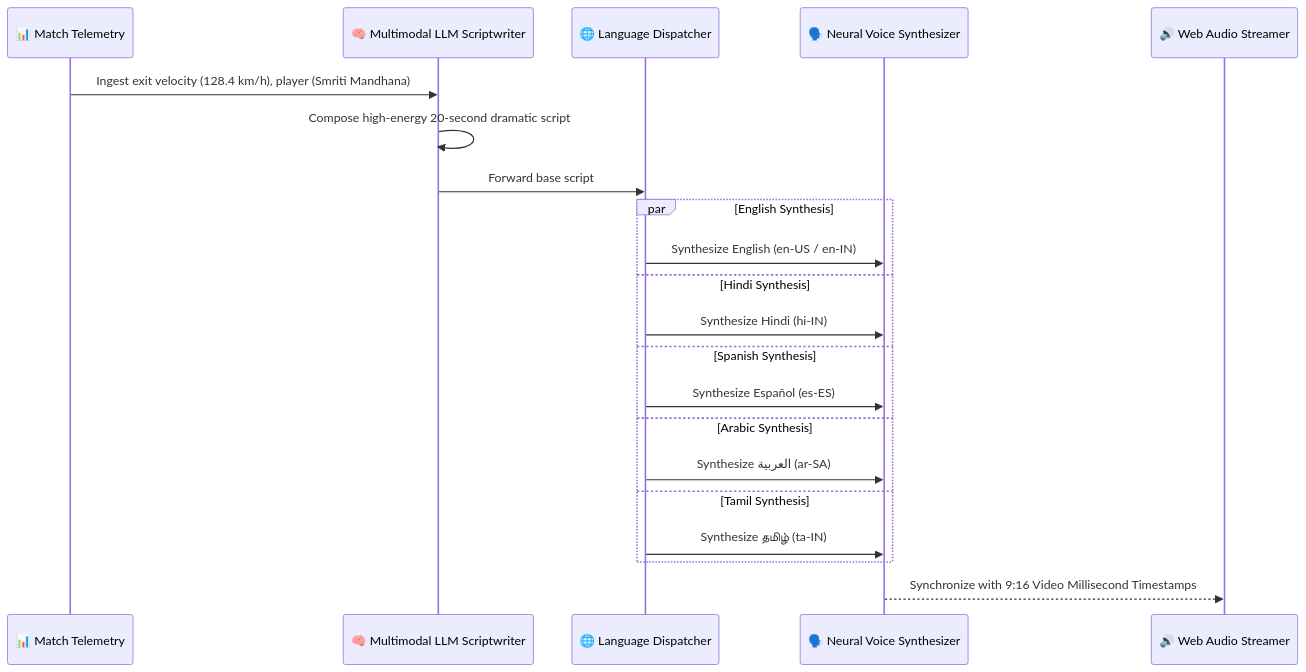
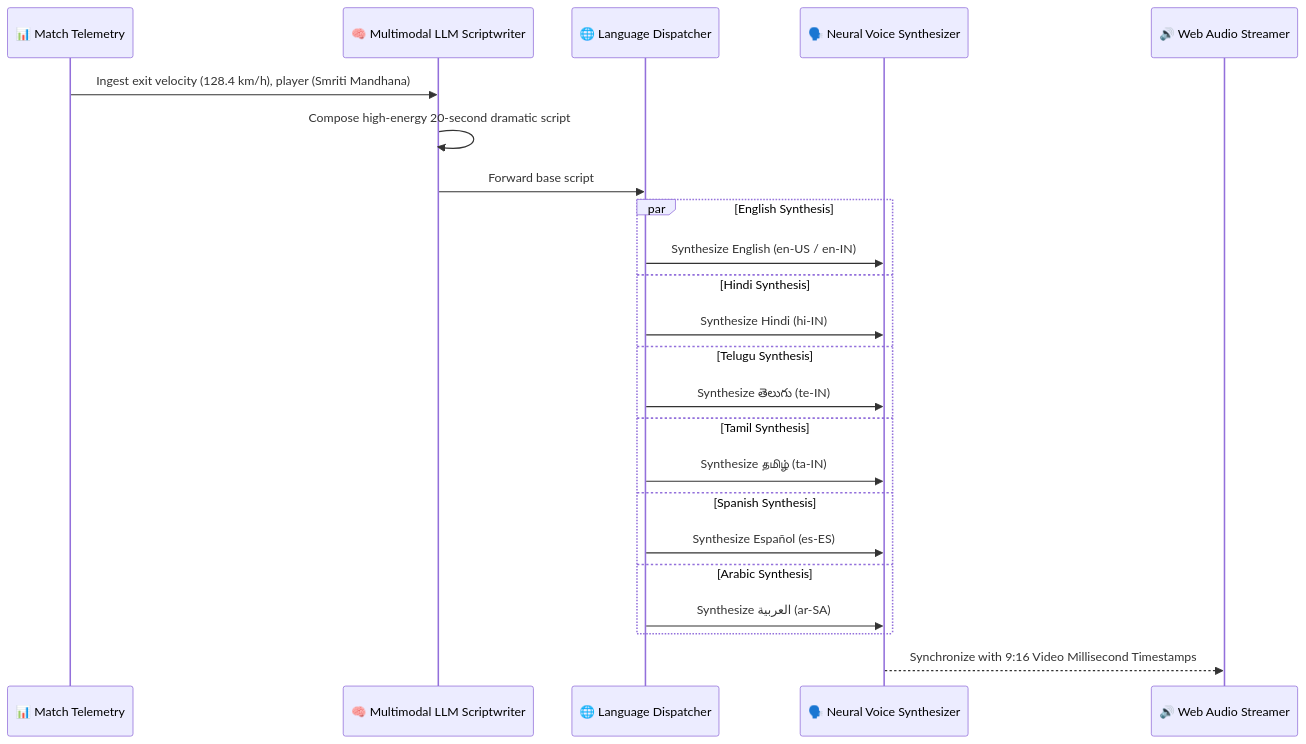
Before and after one commit to Ranjeet7680/AURA-FanVerse-AI-Powered-Multimodal-Storytelling-Fan-Co-Creation-: the ninth of 22 diagrams in README.md, drawn with Mermaid. The commit also changed other lines of this file and 15 other files, not shown here.

Commit message:
feat: add 60 FPS animation architecture diagrams, header diagram launcher, and Telugu localization

````diff
--- a/README.md
+++ b/README.md
@@ -257,26 +264,28 @@
 ```mermaid
 sequenceDiagram
     participant Telemetry as 📊 Match Telemetry
     participant LLM as 🧠 Multimodal LLM Scriptwriter
     participant LangSelect as 🌐 Language Dispatcher
     participant NeuralTTS as 🗣️ Neural Voice Synthesizer
     participant AudioStream as 🔊 Web Audio Streamer
 
     Telemetry->>LLM: Ingest exit velocity (128.4 km/h), player (Smriti Mandhana)
     LLM->>LLM: Compose high-energy 20-second dramatic script
     LLM->>LangSelect: Forward base script
     
     par English Synthesis
         LangSelect->>NeuralTTS: Synthesize English (en-US / en-IN)
     and Hindi Synthesis
         LangSelect->>NeuralTTS: Synthesize Hindi (hi-IN)
+    and Telugu Synthesis
+        LangSelect->>NeuralTTS: Synthesize తెలుగు (te-IN)
+    and Tamil Synthesis
+        LangSelect->>NeuralTTS: Synthesize தமிழ் (ta-IN)
     and Spanish Synthesis
         LangSelect->>NeuralTTS: Synthesize Español (es-ES)
     and Arabic Synthesis
         LangSelect->>NeuralTTS: Synthesize العربية (ar-SA)
-    and Tamil Synthesis
-        LangSelect->>NeuralTTS: Synthesize தமிழ் (ta-IN)
     end
     
     NeuralTTS-->>AudioStream: Synchronize with 9:16 Video Millisecond Timestamps
 ```
````
